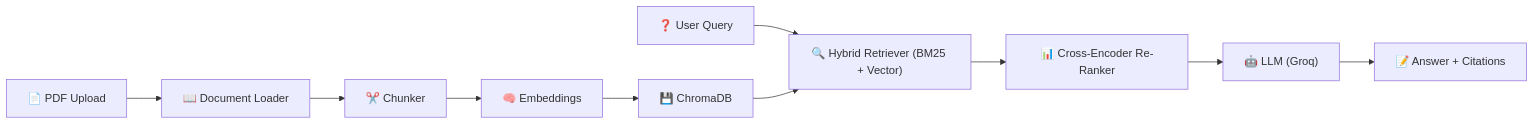
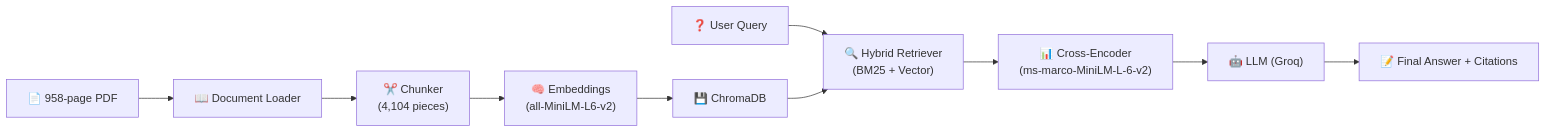
The diagram in README.md (divyanshurai27/ask-my-doc), drawn with Mermaid before and after one commit. The commit also changed other lines of this file, not shown here.

Commit message:
docs: Simplify architecture diagram to basic blocks with arrows

````diff
--- a/README.md
+++ b/README.md
@@ -22,12 +22,12 @@
 ```mermaid
 flowchart LR
-    A["📄 PDF Upload"] --> B["📖 Document Loader"]
-    B --> C["✂️ Chunker"]
-    C --> D["🧠 Embeddings"]
+    A["📄 958-page PDF"] --> B["📖 Document Loader"]
+    B --> C["✂️ Chunker\n(4,104 pieces)"]
+    C --> D["🧠 Embeddings\n(all-MiniLM-L6-v2)"]
     D --> E["💾 ChromaDB"]
-    F["❓ User Query"] --> G["🔍 Hybrid Retriever (BM25 + Vector)"]
+    F["❓ User Query"] --> G["🔍 Hybrid Retriever\n(BM25 + Vector)"]
     E --> G
-    G --> R["📊 Cross-Encoder Re-Ranker"]
+    G --> R["📊 Cross-Encoder\n(ms-marco-MiniLM-L-6-v2)"]
     R --> H["🤖 LLM (Groq)"]
-    H --> I["📝 Answer + Citations"]
+    H --> I["📝 Final Answer + Citations"]
 ```
````
